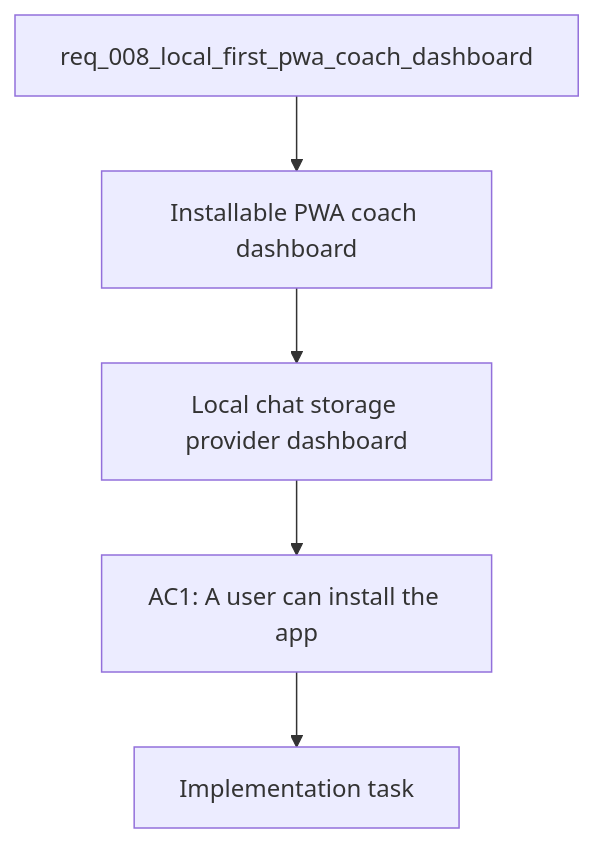
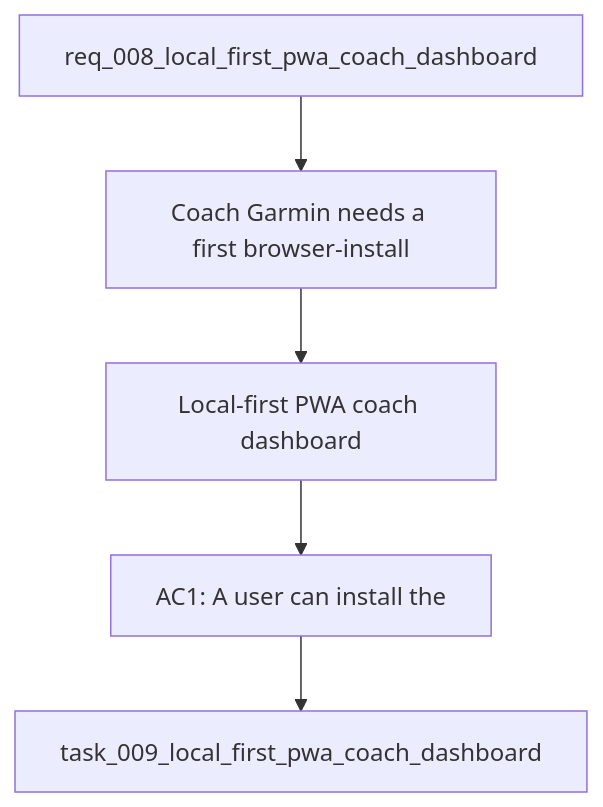
The diagram in logics/backlog/item_009_local_first_pwa_coach_dashboard.md (Jilanos/Coach_garmin), drawn with Mermaid before and after one commit. The commit also changed other lines of this file and 86 other files, not shown here.

Commit message:
Harden chart UX and UTF-8 handling

````diff
--- a/logics/backlog/item_009_local_first_pwa_coach_dashboard.md
+++ b/logics/backlog/item_009_local_first_pwa_coach_dashboard.md
@@ -27,9 +27,9 @@
 ```mermaid
 %% logics-kind: backlog
 %% logics-signature: backlog|local-first-pwa-coach-dashboard|req-008-local-first-pwa-coach-dashboard|coach-garmin-needs-a-first-browser-insta|ac1-a-user-can-install-the
 flowchart TD
-    Request[req_008_local_first_pwa_coach_dashboard] --> Problem[Installable PWA coach dashboard]
-    Problem --> Scope[Local chat storage provider dashboard]
-    Scope --> Acceptance[AC1: A user can install the app]
-    Acceptance --> Tasks[Implementation task]
+    Request[req_008_local_first_pwa_coach_dashboard] --> Problem[Coach Garmin needs a first browser-install]
+    Problem --> Scope[Local-first PWA coach dashboard]
+    Scope --> Acceptance[AC1: A user can install the]
+    Acceptance --> Tasks[task_009_local_first_pwa_coach_dashboard]
 ```
````
